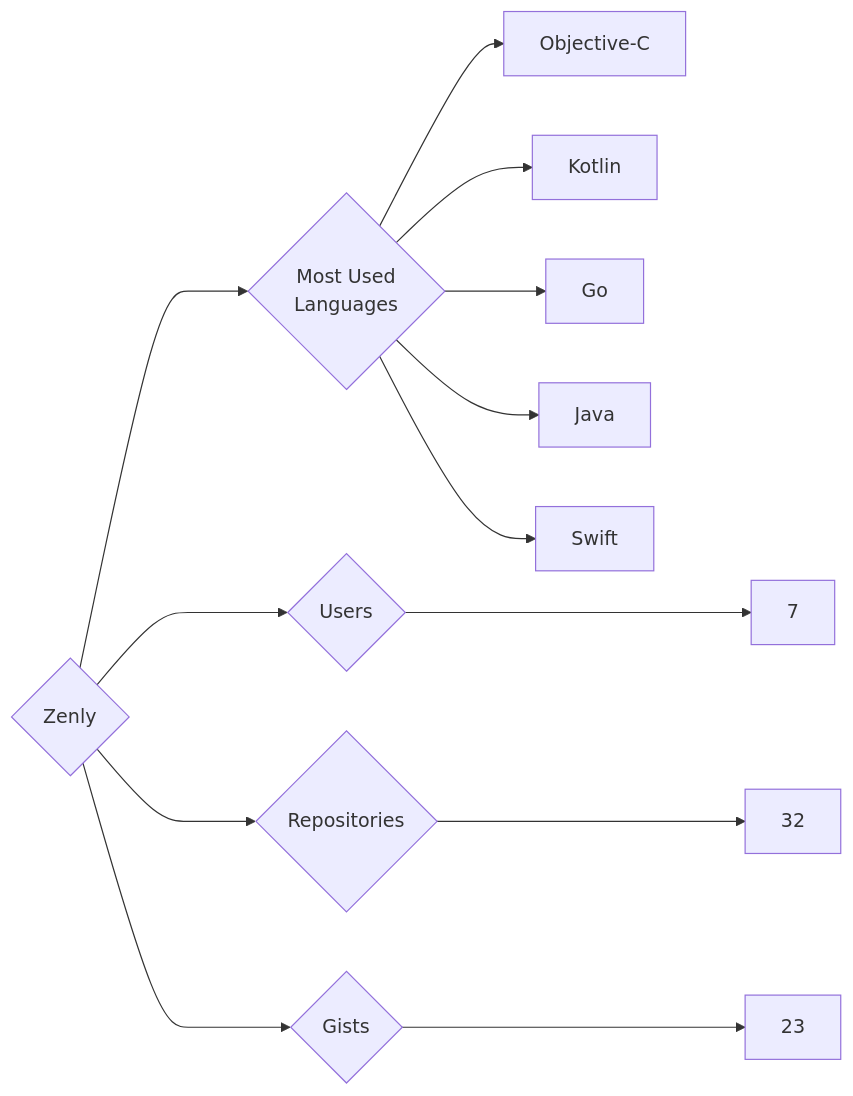
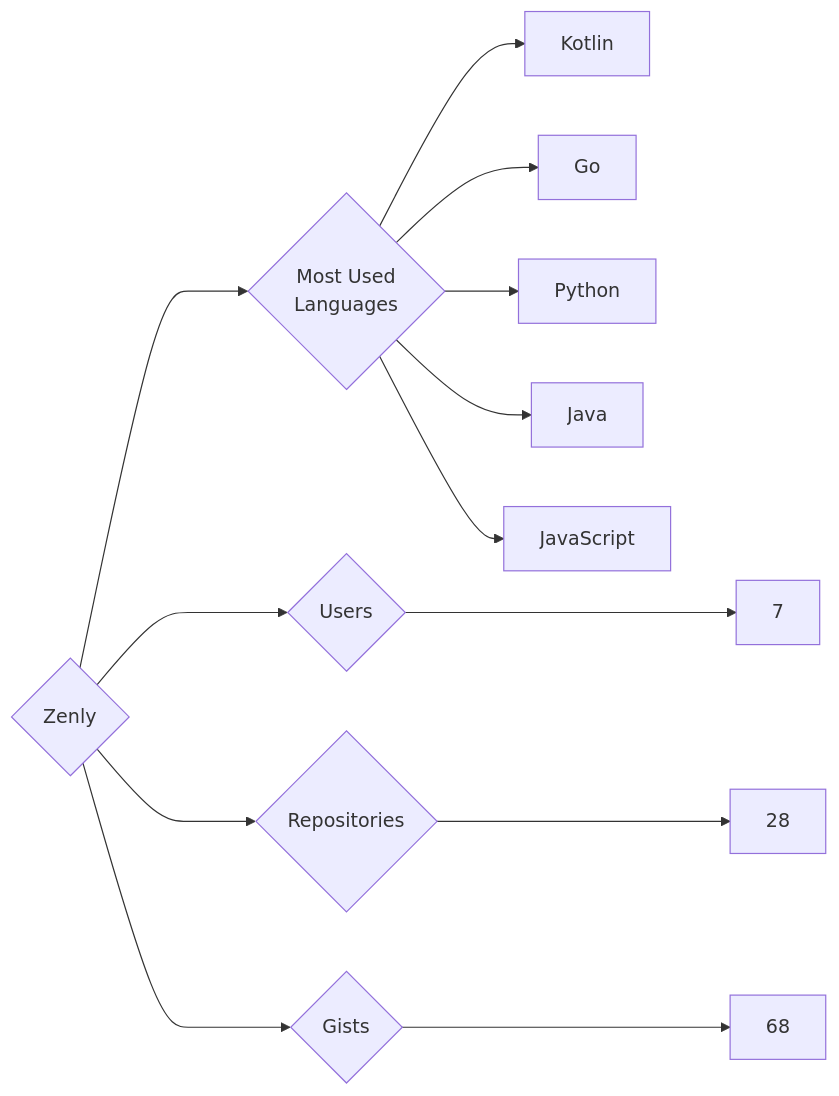
Before and after one commit to trickest/insiders: the diagram in targets/Zenly/README.md, drawn with Mermaid. The commit also changed 728 other files, not shown here.

````diff
--- a/targets/Zenly/README.md
+++ b/targets/Zenly/README.md
@@ -3,13 +3,13 @@
 ```mermaid
 graph LR
 COMPANY_NAME{Zenly}
 COMPANY_NAME ---> U{Users} ---> UN[7]
-COMPANY_NAME ---> R{Repositories} ---> RN[32]
-COMPANY_NAME ---> G{Gists} ---> GN[23]
+COMPANY_NAME ---> R{Repositories} ---> RN[28]
+COMPANY_NAME ---> G{Gists} ---> GN[68]
 COMPANY_NAME ---> ML{Most Used<br>Languages}
-ML --> Objective-C[Objective-C]
 ML --> Kotlin[Kotlin]
 ML --> Go[Go]
+ML --> Python[Python]
 ML --> Java[Java]
-ML --> Swift[Swift]
+ML --> JavaScript[JavaScript]
 ```
````
